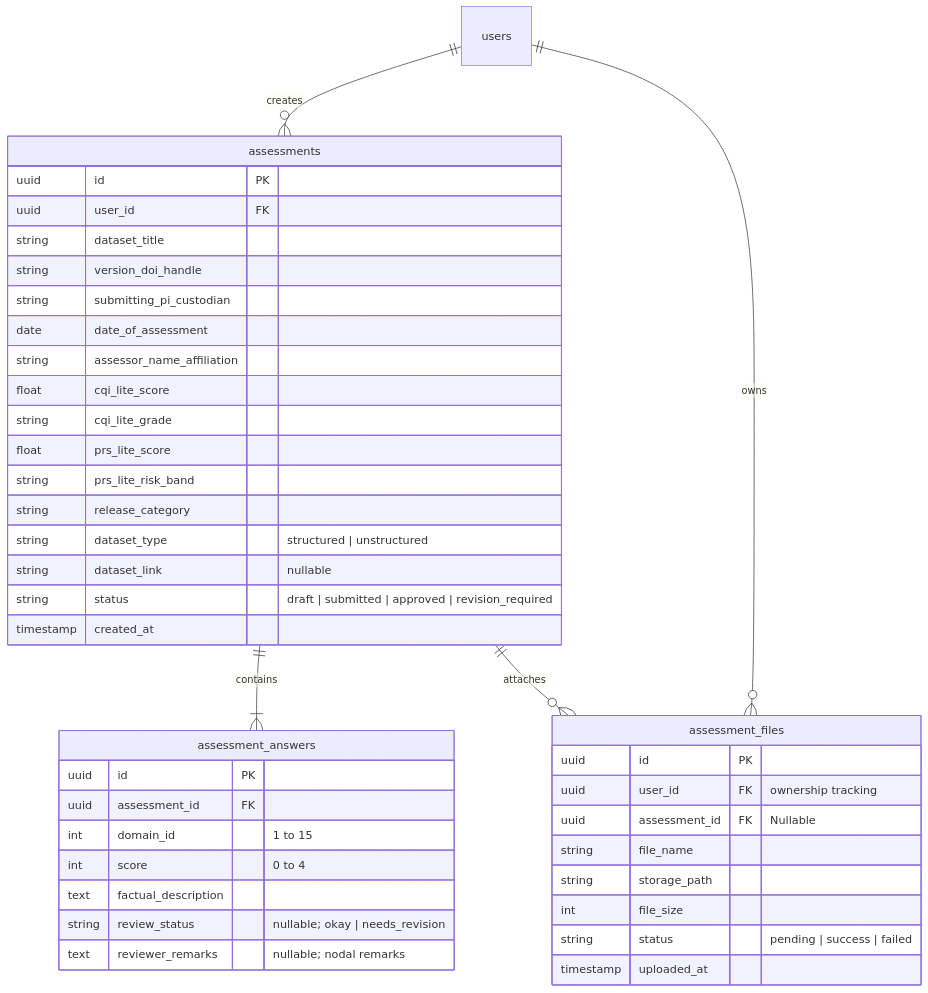
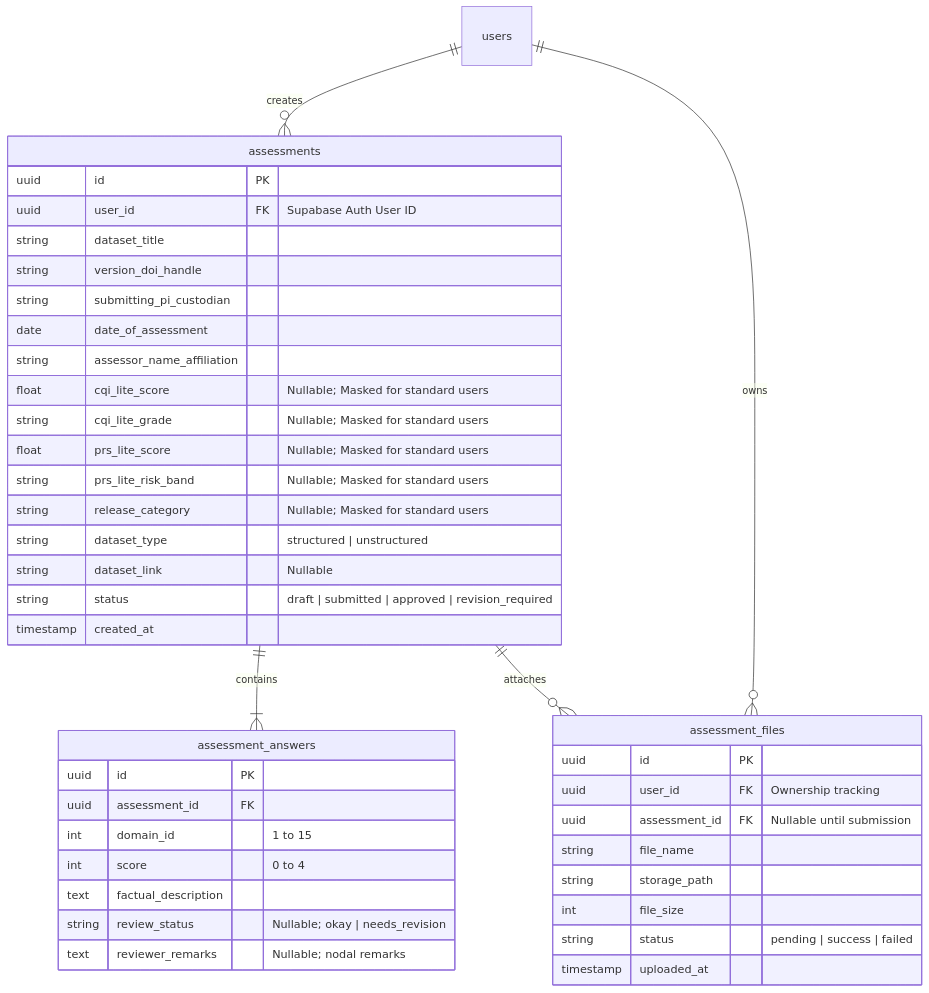
The second of 2 diagrams in PRD.md (RohanxDutta/MIDAS-2.0), drawn with Mermaid before and after one commit. The commit also changed other lines of this file and 5 other files, not shown here.

````diff
--- a/PRD.md
+++ b/PRD.md
@@ -92,47 +151,47 @@
 ```mermaid
 erDiagram
     users ||--o{ assessments : creates
     assessments ||--|{ assessment_answers : contains
     assessments ||--o{ assessment_files : attaches
     users ||--o{ assessment_files : owns
 
     assessments {
         uuid id PK
-        uuid user_id FK
+        uuid user_id FK "Supabase Auth User ID"
         string dataset_title
         string version_doi_handle
         string submitting_pi_custodian
         date date_of_assessment
         string assessor_name_affiliation
-        float cqi_lite_score
-        string cqi_lite_grade
-        float prs_lite_score
-        string prs_lite_risk_band
-        string release_category
+        float cqi_lite_score "Nullable; Masked for standard users"
+        string cqi_lite_grade "Nullable; Masked for standard users"
+        float prs_lite_score "Nullable; Masked for standard users"
+        string prs_lite_risk_band "Nullable; Masked for standard users"
+        string release_category "Nullable; Masked for standard users"
         string dataset_type "structured | unstructured"
-        string dataset_link "nullable"
+        string dataset_link "Nullable"
         string status "draft | submitted | approved | revision_required"
         timestamp created_at
     }
 
     assessment_answers {
         uuid id PK
         uuid assessment_id FK
         int domain_id "1 to 15"
         int score "0 to 4"
         text factual_description
-        string review_status "nullable; okay | needs_revision"
-        text reviewer_remarks "nullable; nodal remarks"
+        string review_status "Nullable; okay | needs_revision"
+        text reviewer_remarks "Nullable; nodal remarks"
     }
 
     assessment_files {
         uuid id PK
-        uuid user_id FK "ownership tracking"
-        uuid assessment_id FK "Nullable"
+        uuid user_id FK "Ownership tracking"
+        uuid assessment_id FK "Nullable until submission"
         string file_name
         string storage_path
         int file_size
         string status "pending | success | failed"
         timestamp uploaded_at
     }
 ```
````
